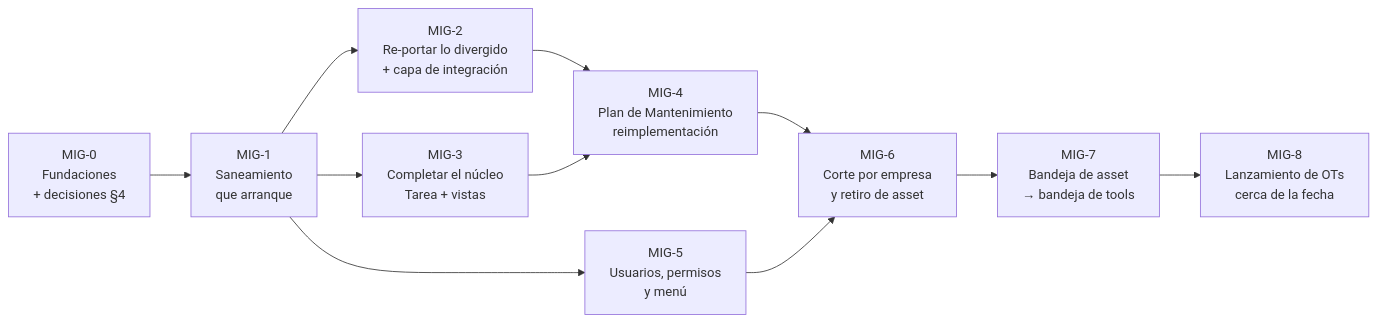
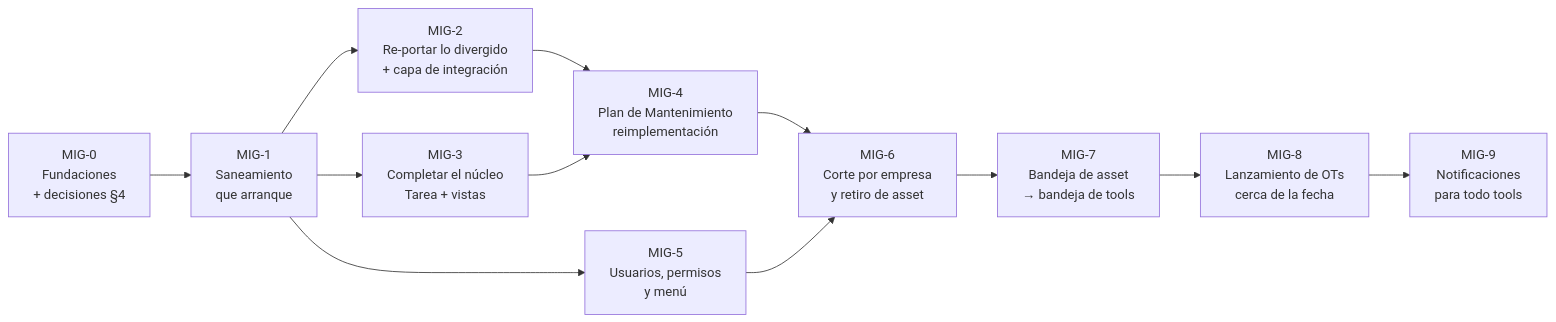
One commit to Trazalog/traz-tools changed the diagram in doc/migracion/MIGRACION-ASSETPLANNER.md. Above: the diagram before and after it, drawn with Mermaid. The commit also changed other lines of this file and 1 other file, not shown here.

First line of the commit message:
docs(migracion): politica de ramas durante la migracion y MIG-9 notificaciones [MIG-ASSET-0]

````diff
--- a/doc/migracion/MIGRACION-ASSETPLANNER.md
+++ b/doc/migracion/MIGRACION-ASSETPLANNER.md
@@ -218,13 +224,14 @@
 ```mermaid
 flowchart LR
     M0["MIG-0<br/>Fundaciones<br/>+ decisiones §4"] --> M1["MIG-1<br/>Saneamiento<br/>que arranque"]
     M1 --> M2["MIG-2<br/>Re-portar lo divergido<br/>+ capa de integración"]
     M1 --> M3["MIG-3<br/>Completar el núcleo<br/>Tarea + vistas"]
     M2 --> M4["MIG-4<br/>Plan de Mantenimiento<br/>reimplementación"]
     M3 --> M4
     M1 --> M5["MIG-5<br/>Usuarios, permisos<br/>y menú"]
     M4 --> M6["MIG-6<br/>Corte por empresa<br/>y retiro de asset"]
     M5 --> M6
     M6 --> M7["MIG-7<br/>Bandeja de asset<br/>→ bandeja de tools"]
     M7 --> M8["MIG-8<br/>Lanzamiento de OTs<br/>cerca de la fecha"]
+    M8 --> M9["MIG-9<br/>Notificaciones<br/>para todo tools"]
 ```
````
